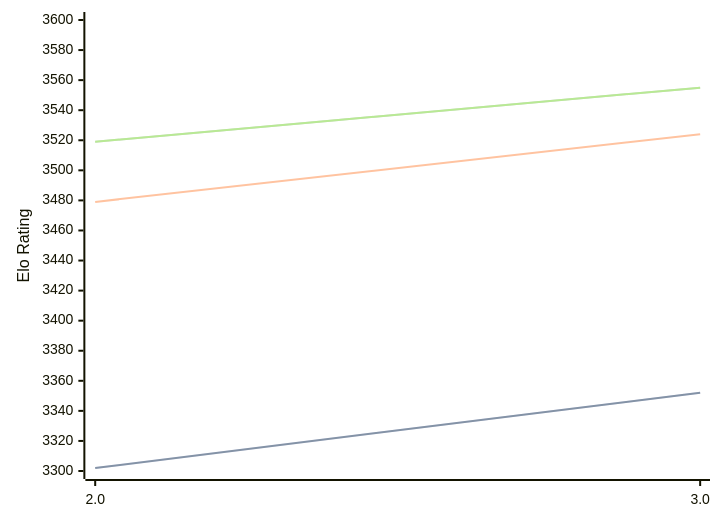
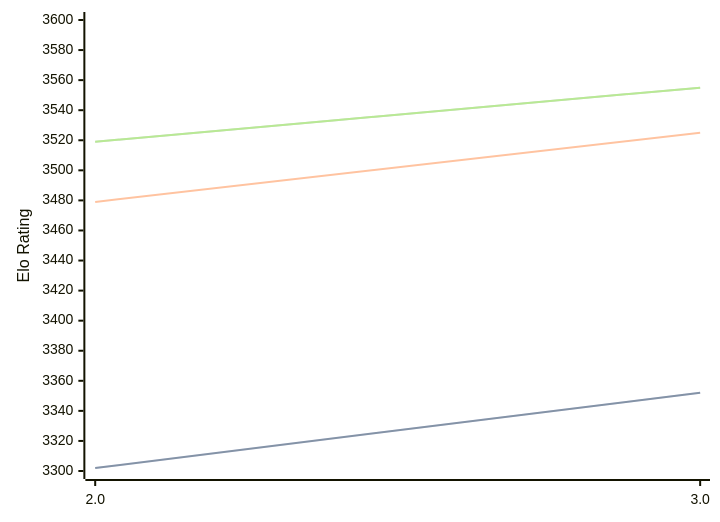
One commit to computer-chess-index/cci changed the diagram in engines/Quanticade.md. Above: the diagram before and after it, drawn with Mermaid. The commit also changed other lines of this file, not shown here.

````diff
--- a/engines/Quanticade.md
+++ b/engines/Quanticade.md
@@ -32,11 +32,11 @@
 ```mermaid
 %%{init: {"theme":"base","themeVariables":{"seriesColors:['#a3a3a3','#222221','#faa371']}}}%%
 xychart-beta
   x-axis ["2.0", "3.0"]
   y-axis "Elo Rating" 3300 --> 3600
   line "" [3302, 3352]
   line "STC (8.0+0.08s)" [3302, 3352]
-  line "LTC (60.0+0.60s)" [3479, 3524]
+  line "LTC (60.0+0.60s)" [3479, 3525]
   line "" [3519, 3555]
   line "VLTC (2m24s+1.12s)" [3519, 3555]
 ```
````
